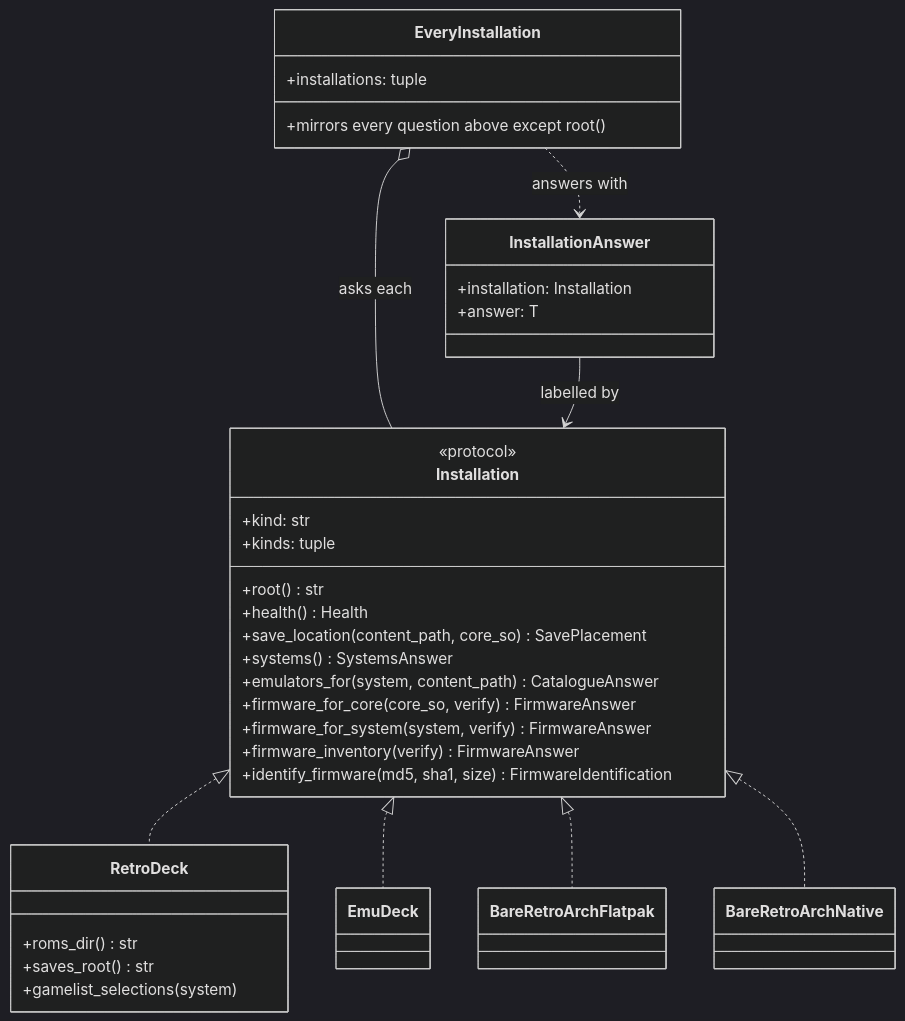
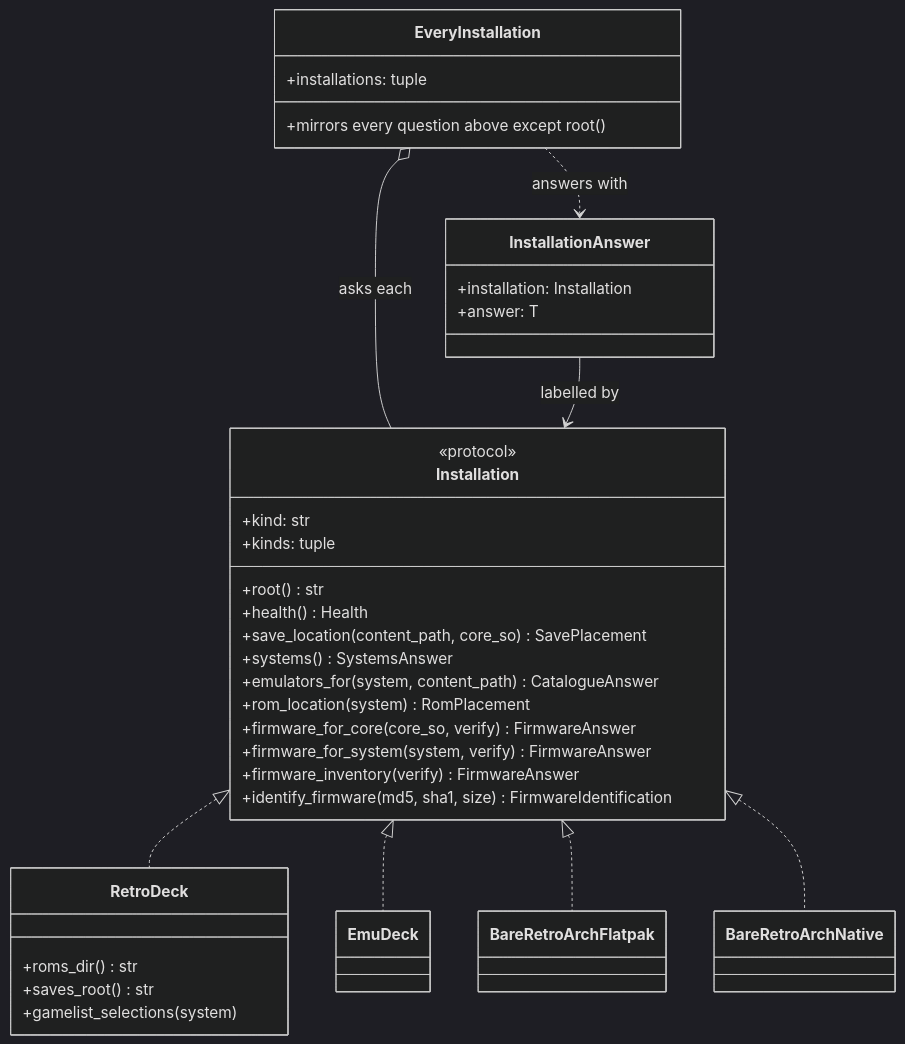
One commit to danielcopper/emu-atlas changed the second of 3 diagrams in docs/architecture.md. Above: the diagram before and after it, drawn with Mermaid (dark theme). The commit also changed other lines of this file and 16 other files, not shown here.

````diff
--- a/docs/architecture.md
+++ b/docs/architecture.md
@@ -60,41 +60,42 @@
 ```mermaid
 classDiagram
     class Installation {
         <<protocol>>
         +kind: str
         +kinds: tuple
         +root() str
         +health() Health
         +save_location(content_path, core_so) SavePlacement
         +systems() SystemsAnswer
         +emulators_for(system, content_path) CatalogueAnswer
+        +rom_location(system) RomPlacement
         +firmware_for_core(core_so, verify) FirmwareAnswer
         +firmware_for_system(system, verify) FirmwareAnswer
         +firmware_inventory(verify) FirmwareAnswer
         +identify_firmware(md5, sha1, size) FirmwareIdentification
     }
     class RetroDeck {
         +roms_dir() str
         +saves_root() str
         +gamelist_selections(system)
     }
     class EmuDeck
     class BareRetroArchFlatpak
     class BareRetroArchNative
     class EveryInstallation {
         +installations: tuple
         +mirrors every question above except root()
     }
     class InstallationAnswer {
         +installation: Installation
         +answer: T
     }
 
     Installation <|.. RetroDeck
     Installation <|.. EmuDeck
     Installation <|.. BareRetroArchFlatpak
     Installation <|.. BareRetroArchNative
     EveryInstallation o-- Installation : asks each
     EveryInstallation ..> InstallationAnswer : answers with
     InstallationAnswer --> Installation : labelled by
 ```
````
